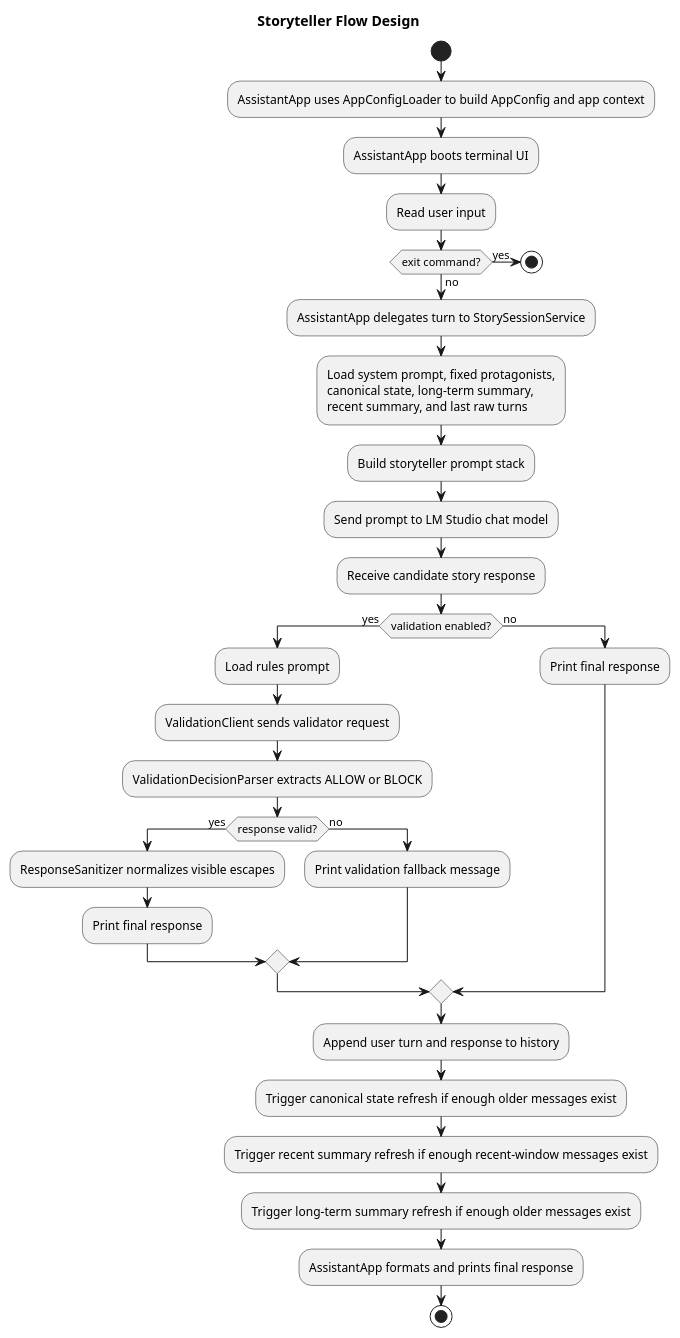
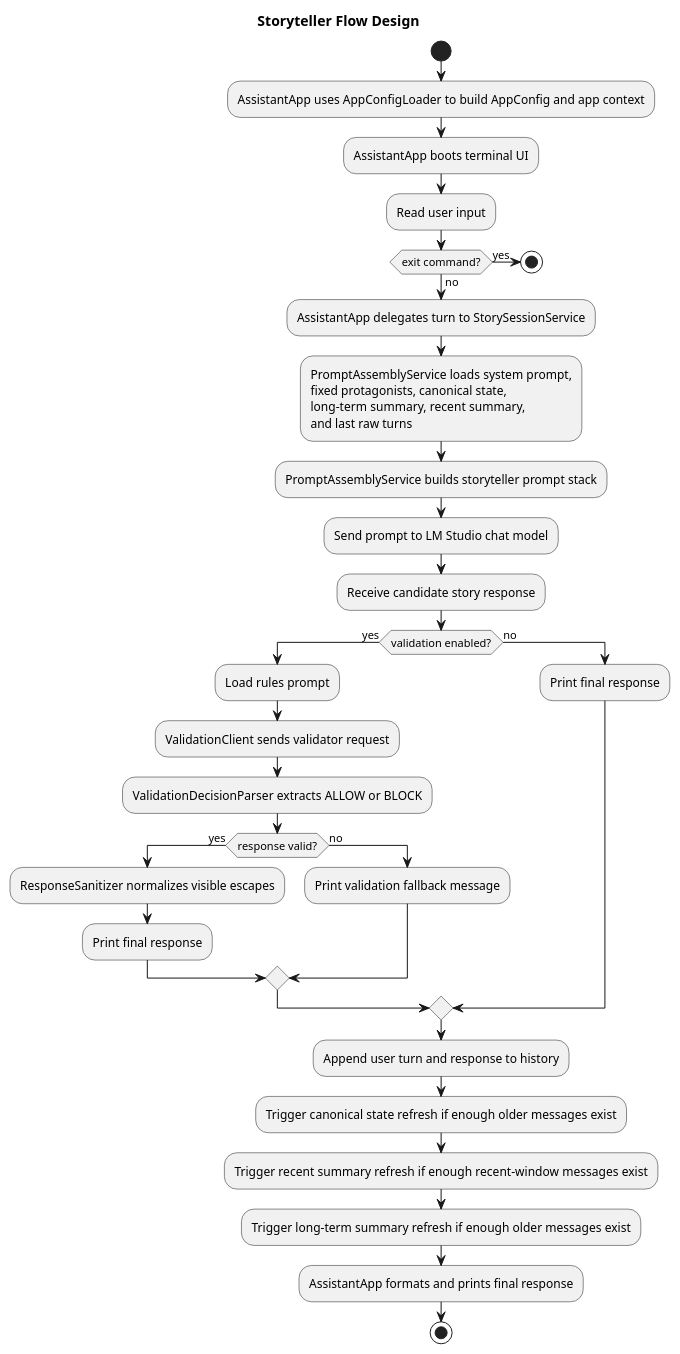
One commit to jbrugman/Assistant changed the diagram in docs/architecture/02-storyteller-flow-design.puml. Above: the diagram before and after it, drawn with PlantUML. The commit also changed 31 other files, not shown here.

Commit message:
Split story prompt orchestration and deduplicate memory update flow

```diff
--- a/docs/architecture/02-storyteller-flow-design.puml
+++ b/docs/architecture/02-storyteller-flow-design.puml
@@ -1,67 +1,67 @@
 @startuml
 title Storyteller Flow Design
 
 start
 
 :AssistantApp uses AppConfigLoader to build AppConfig and app context;
 
 :AssistantApp boots terminal UI;
 
 :Read user input;
 
 if (exit command?) then (yes)
 
   stop
 
 else (no)
 
   :AssistantApp delegates turn to StorySessionService;
 
-  :Load system prompt, fixed protagonists,\ncanonical state, long-term summary,\nrecent summary, and last raw turns;
+  :PromptAssemblyService loads system prompt,\nfixed protagonists, canonical state,\nlong-term summary, recent summary,\nand last raw turns;
 
-  :Build storyteller prompt stack;
+  :PromptAssemblyService builds storyteller prompt stack;
 
   :Send prompt to LM Studio chat model;
 
   :Receive candidate story response;
 
   if (validation enabled?) then (yes)
 
     :Load rules prompt;
 
     :ValidationClient sends validator request;
 
     :ValidationDecisionParser extracts ALLOW or BLOCK;
 
     if (response valid?) then (yes)
 
       :ResponseSanitizer normalizes visible escapes;
 
       :Print final response;
 
     else (no)
 
       :Print validation fallback message;
 
     endif
 
   else (no)
 
     :Print final response;
 
   endif
 
   :Append user turn and response to history;
 
   :Trigger canonical state refresh if enough older messages exist;
 
   :Trigger recent summary refresh if enough recent-window messages exist;
 
   :Trigger long-term summary refresh if enough older messages exist;
 
   :AssistantApp formats and prints final response;
 
 endif
 
 stop
 @enduml
```
